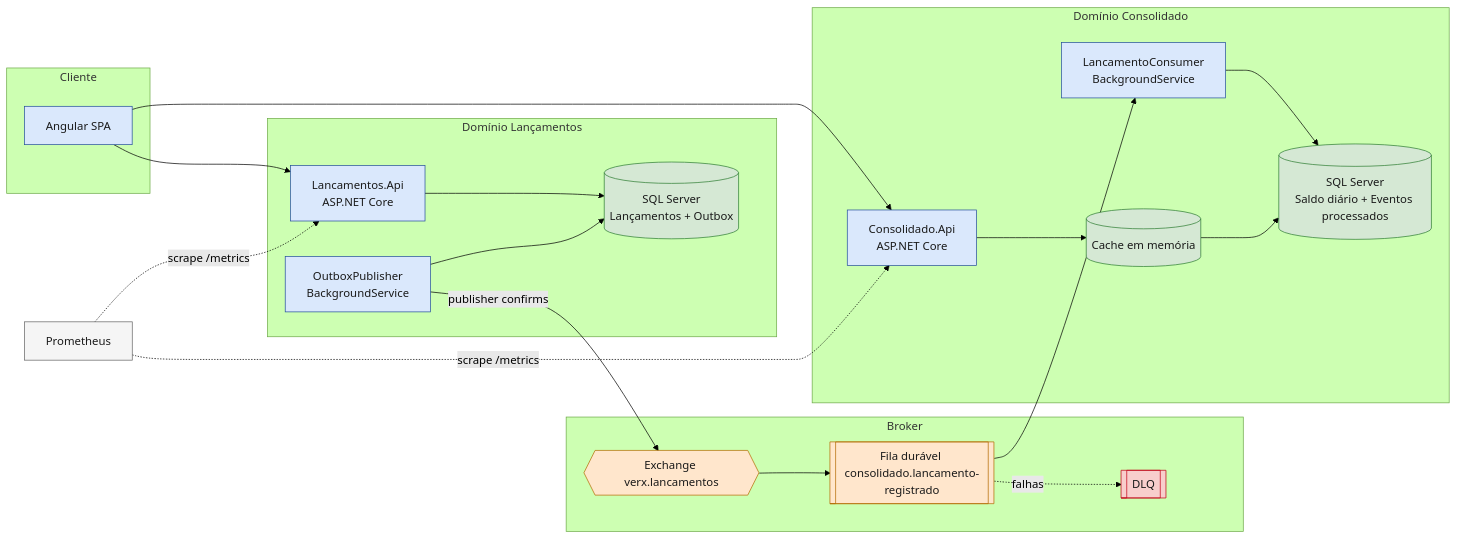
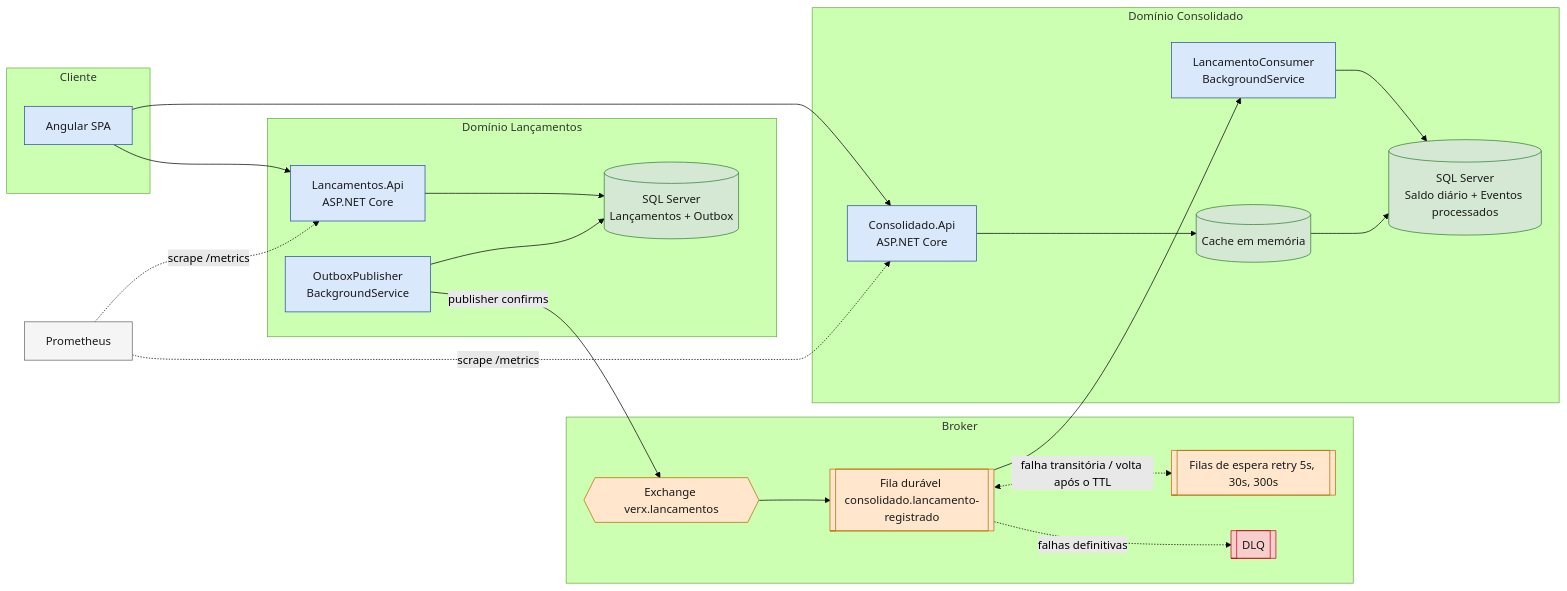
The second of 4 diagrams in docs/003-desenho-da-solucao.md (AugustinhoCelestino/verx), drawn with Mermaid (forest theme) before and after one commit. The commit also changed other lines of this file and 42 other files, not shown here.

````diff
--- a/docs/003-desenho-da-solucao.md
+++ b/docs/003-desenho-da-solucao.md
@@ -49,45 +50,47 @@
 ```mermaid
 flowchart LR
     subgraph Cliente
       W[Angular SPA]
     end
     subgraph Lancamentos[Domínio Lançamentos]
       LA[Lancamentos.Api<br/>ASP.NET Core]
       LDB[(SQL Server<br/>Lançamentos + Outbox)]
       OP[OutboxPublisher<br/>BackgroundService]
       LA --> LDB
       OP --> LDB
     end
     subgraph Broker
       EX{{Exchange verx.lancamentos}}
       Q[[Fila durável consolidado.lancamento-registrado]]
+      RQ[[Filas de espera retry 5s, 30s, 300s]]
       DLQ[[DLQ]]
       EX --> Q
-      Q -. falhas .-> DLQ
+      Q <-. falha transitória / volta após o TTL .-> RQ
+      Q -. falhas definitivas .-> DLQ
     end
     subgraph Consolidacao[Domínio Consolidado]
       CO[LancamentoConsumer<br/>BackgroundService]
       CA[Consolidado.Api<br/>ASP.NET Core]
       CDB[(SQL Server<br/>Saldo diário + Eventos processados)]
       CACHE[(Cache em memória)]
       CO --> CDB
       CA --> CACHE --> CDB
     end
     W --> LA
     W --> CA
     OP -- publisher confirms --> EX
     Q --> CO
     PROM[Prometheus] -. scrape /metrics .-> LA
     PROM -. scrape /metrics .-> CA
 
     classDef svc fill:#DAE8FC,stroke:#254F9B,color:#1A1A1A
     classDef data fill:#D5E8D4,stroke:#2E7D32,color:#1A1A1A
     classDef msg fill:#FFE6CC,stroke:#B36B00,color:#1A1A1A
     classDef ext fill:#F5F5F5,stroke:#666666,color:#1A1A1A
     classDef fail fill:#F8CECC,stroke:#C20016,color:#1A1A1A
     class W,LA,OP,CO,CA svc
     class LDB,CDB,CACHE data
-    class EX,Q msg
+    class EX,Q,RQ msg
     class PROM ext
     class DLQ fail
 ```
````
